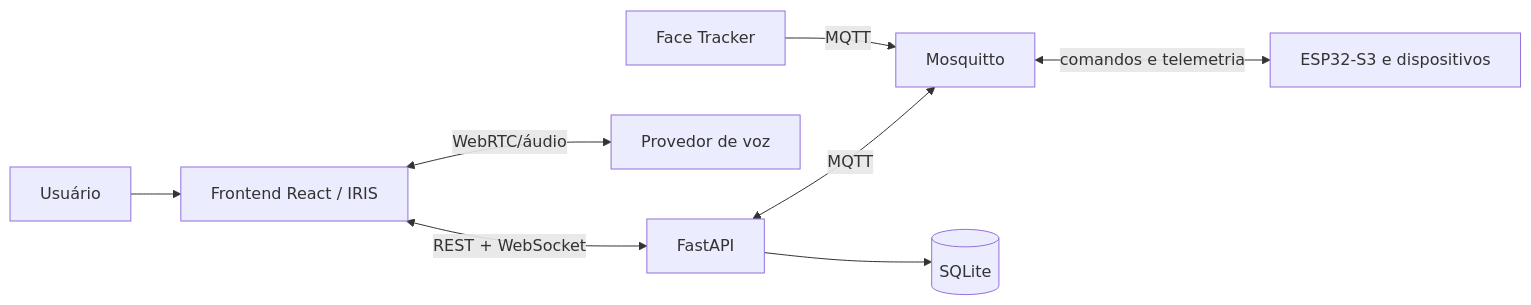
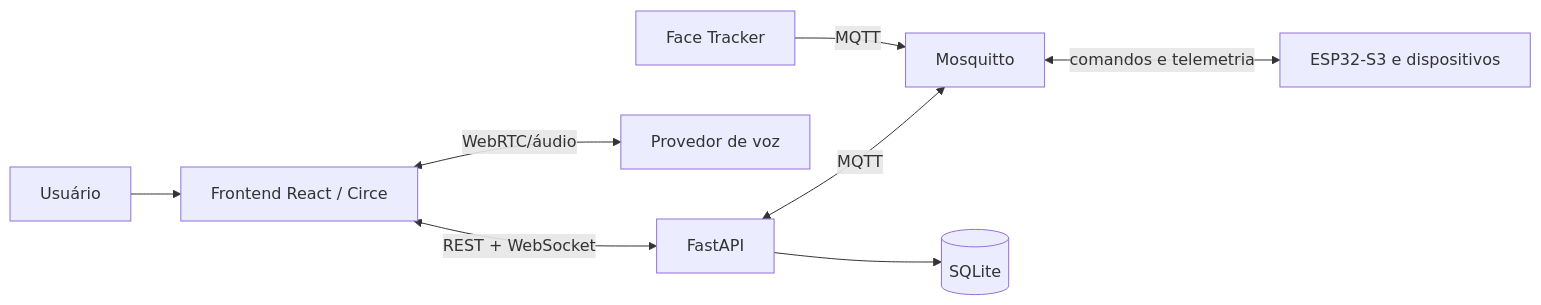
The diagram in docs/02-architecture/SYSTEM-ARCHITECTURE.md (jussie1978/circe-home-platform), drawn with Mermaid before and after one commit. The commit also changed 18 other files, not shown here.

````diff
--- a/docs/02-architecture/SYSTEM-ARCHITECTURE.md
+++ b/docs/02-architecture/SYSTEM-ARCHITECTURE.md
@@ -5,10 +5,10 @@
 ```mermaid
 flowchart LR
- U[Usuário] --> FE[Frontend React / IRIS]
+ U[Usuário] --> FE[Frontend React / Circe]
  FE <-->|REST + WebSocket| BE[FastAPI]
  FE <-->|WebRTC/áudio| VP[Provedor de voz]
  BE <-->|MQTT| MQ[Mosquitto]
  MQ <-->|comandos e telemetria| HW[ESP32-S3 e dispositivos]
  VIS[Face Tracker] -->|MQTT| MQ
  BE --> DB[(SQLite)]
 ```
````
